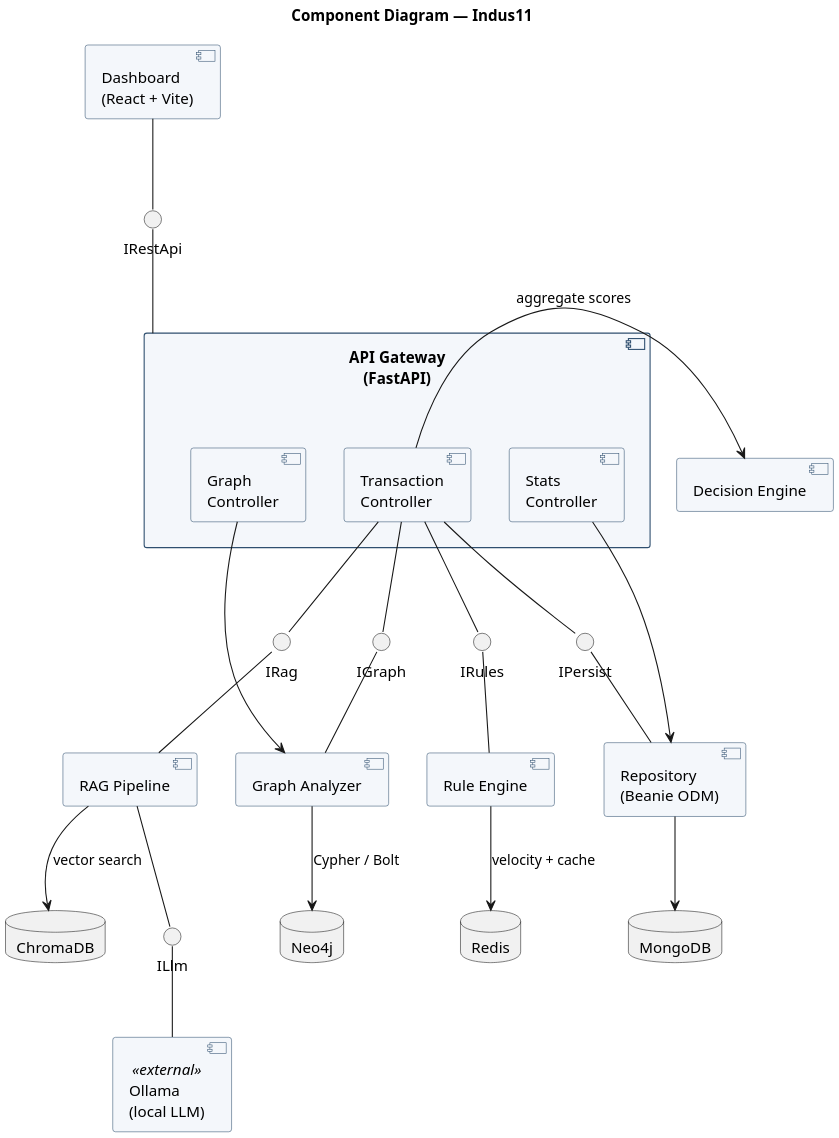
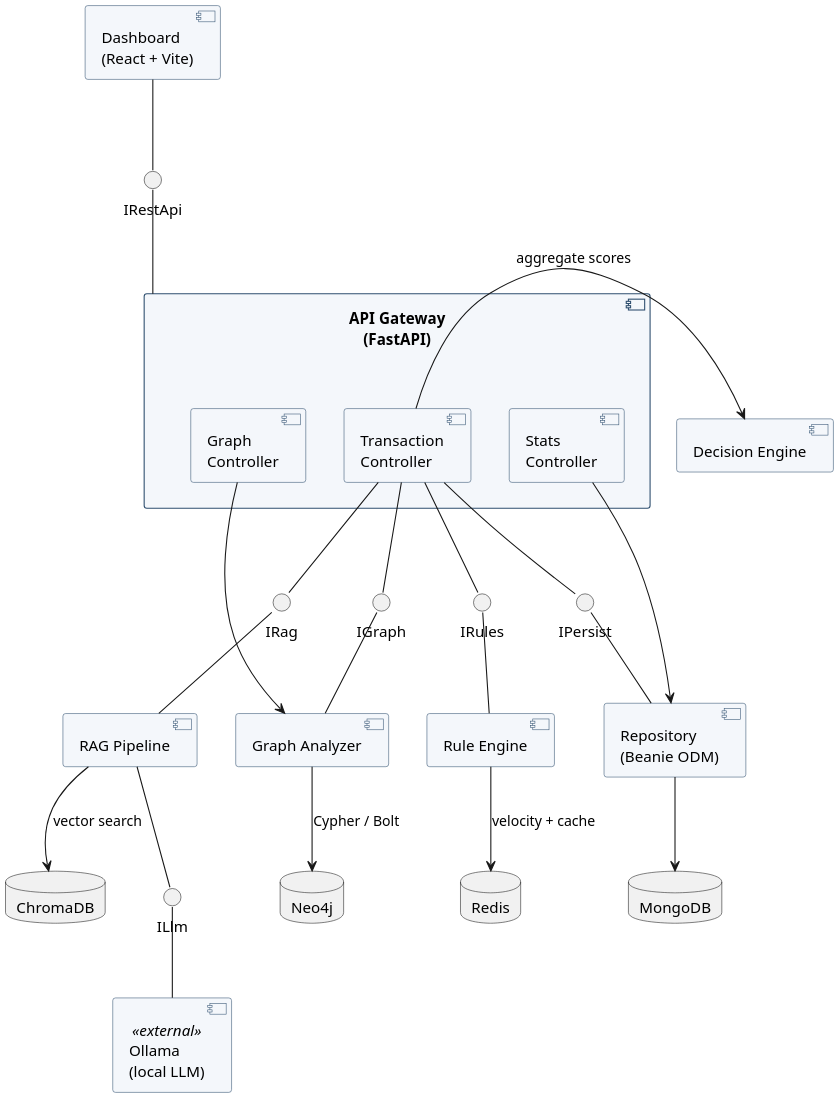
One commit to OMJOSHI15/indus11 changed the diagram in docs/diagrams/07-component.puml. Above: the diagram before and after it, drawn with PlantUML. The commit also changed 34 other files, not shown here.

```diff
--- a/docs/diagrams/07-component.puml
+++ b/docs/diagrams/07-component.puml
@@ -1,52 +1,51 @@
 @startuml
 skinparam dpi 200
 skinparam backgroundColor white
 skinparam shadowing false
 skinparam defaultFontName Times New Roman
 skinparam component {
   BorderColor #2F4F6F
   BackgroundColor #F4F7FB
 }
-title Component Diagram — Indus11
 component "Dashboard\n(React + Vite)" as UI
 component "API Gateway\n(FastAPI)" as API {
   component "Transaction\nController" as TC
   component "Stats\nController" as SC
   component "Graph\nController" as GC
 }
 component "Rule Engine" as RE
 component "Graph Analyzer" as GA
 component "RAG Pipeline" as RP
 component "Decision Engine" as DE
 component "Repository\n(Beanie ODM)" as REPO
 database "MongoDB" as M
 database "Neo4j" as N
 database "Redis" as R
 database "ChromaDB" as C
 component "Ollama\n(local LLM)" as OL <<external>>
 interface "IRestApi" as I1
 interface "IRules" as I2
 interface "IGraph" as I3
 interface "IRag" as I4
 interface "IPersist" as I5
 interface "ILlm" as I6
 UI -down- I1
 I1 -down- API
 TC -down- I2
 I2 -down- RE
 TC -down- I3
 I3 -down- GA
 TC -down- I4
 I4 -down- RP
 TC -down- I5
 I5 -down- REPO
 RE -down-> R : velocity + cache
 GA -down-> N : Cypher / Bolt
 RP -down-> C : vector search
 RP -down- I6
 I6 -down- OL
 REPO -down-> M
 SC -down-> REPO
 GC -down-> GA
 TC -right-> DE : aggregate scores
 @enduml
```
